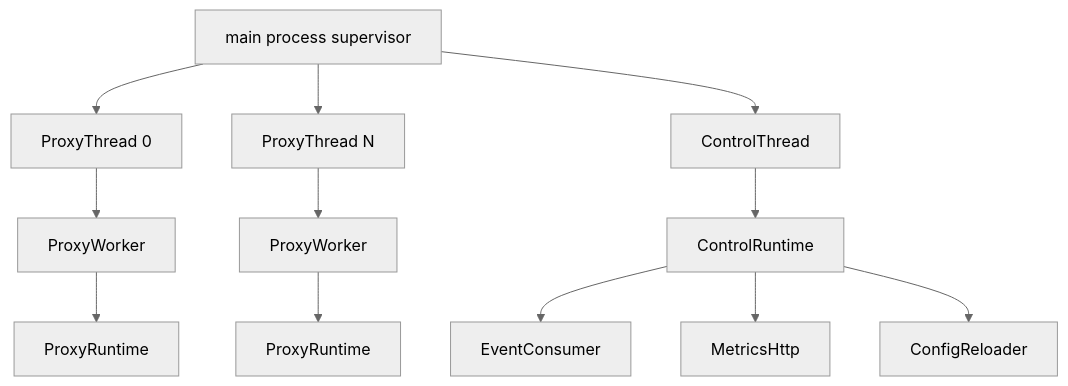
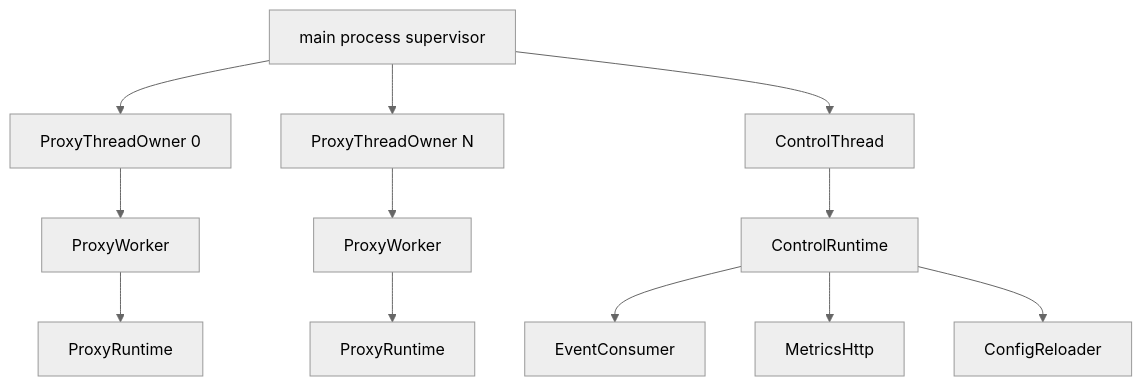
One commit to raydatray/rusty-mcrouter changed the second of 3 diagrams in docs/architecture/README.md. Above: the diagram before and after it, drawn with Mermaid (neutral theme). The commit also changed other lines of this file and 1 other file, not shown here.

Commit message:
[1/4][proxy] align managed proxy thread ownership

````diff
--- a/docs/architecture/README.md
+++ b/docs/architecture/README.md
@@ -84,15 +84,15 @@
 ```mermaid
 flowchart TB
     M[main process supervisor]
-    M --> PT0[ProxyThread 0]
-    M --> PTN[ProxyThread N]
+    M --> PT0[ProxyThreadOwner 0]
+    M --> PTN[ProxyThreadOwner N]
     M --> CT[ControlThread]
     PT0 --> PW0[ProxyWorker]
     PTN --> PWN[ProxyWorker]
     PW0 --> PR0[ProxyRuntime]
     PWN --> PRN[ProxyRuntime]
     CT --> CR[ControlRuntime]
     CR --> EC[EventConsumer]
     CR --> MH[MetricsHttp]
     CR --> RL[ConfigReloader]
 ```
````
